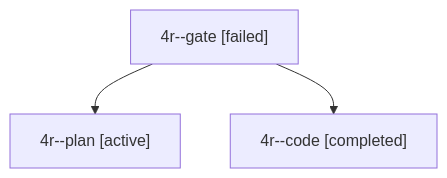
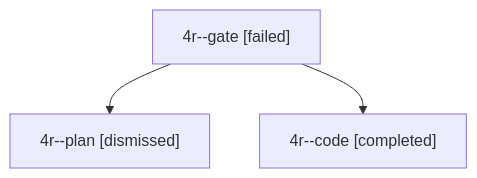
The diagram in sessions/bbugyi200.apollo.4r.md (bobs-org/bob-cli--agents), drawn with Mermaid before and after one commit. The commit also changed other lines of this file and 33 other files, not shown here.

````diff
--- a/sessions/bbugyi200.apollo.4r.md
+++ b/sessions/bbugyi200.apollo.4r.md
@@ -9,8 +9,8 @@
 ```mermaid
 flowchart TD
   n0["4r--gate [failed]"]
-  n1["4r--plan [active]"]
+  n1["4r--plan [dismissed]"]
   n0 --> n1
   n2["4r--code [completed]"]
   n0 --> n2
 ```
````
